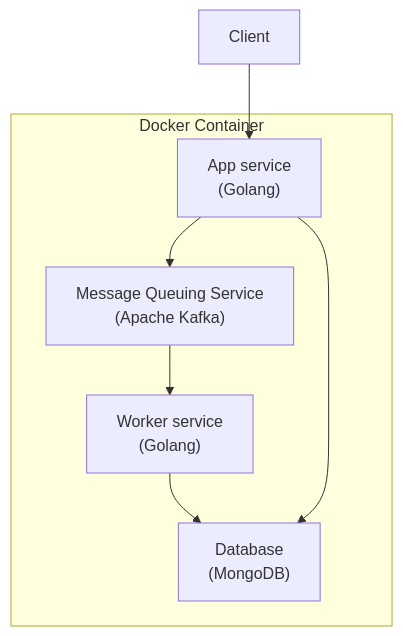
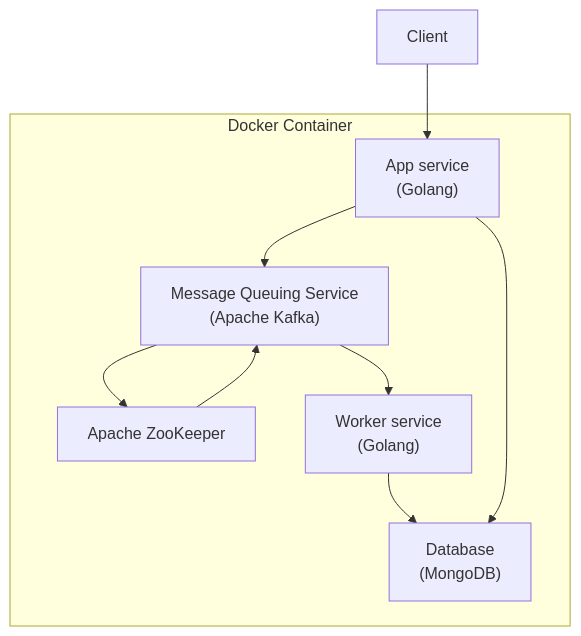
The diagram in README.md (gotired/notification-feature), drawn with Mermaid before and after one commit. The commit also changed other lines of this file, not shown here.

Commit message:
feat: add zookeeper and update goal

````diff
--- a/README.md
+++ b/README.md
@@ -19,24 +19,28 @@
 ```mermaid
 flowchart TD
 
     client["`Client`"]
 
     gateway["`App service
     (Golang)`"]
+
+    keeper["`Apache ZooKeeper`"]
 
     kafka["`Message Queuing Service
     (Apache Kafka)`"]
 
     worker["`Worker service
     (Golang)`"]
 
     db["`Database
     (MongoDB)`"]
 
     client --> gateway
     subgraph container [Docker Container]
         gateway --> kafka --> worker --> db
         gateway --> db
+        kafka --> keeper
+        keeper --> kafka
     end
 
 ```
````
